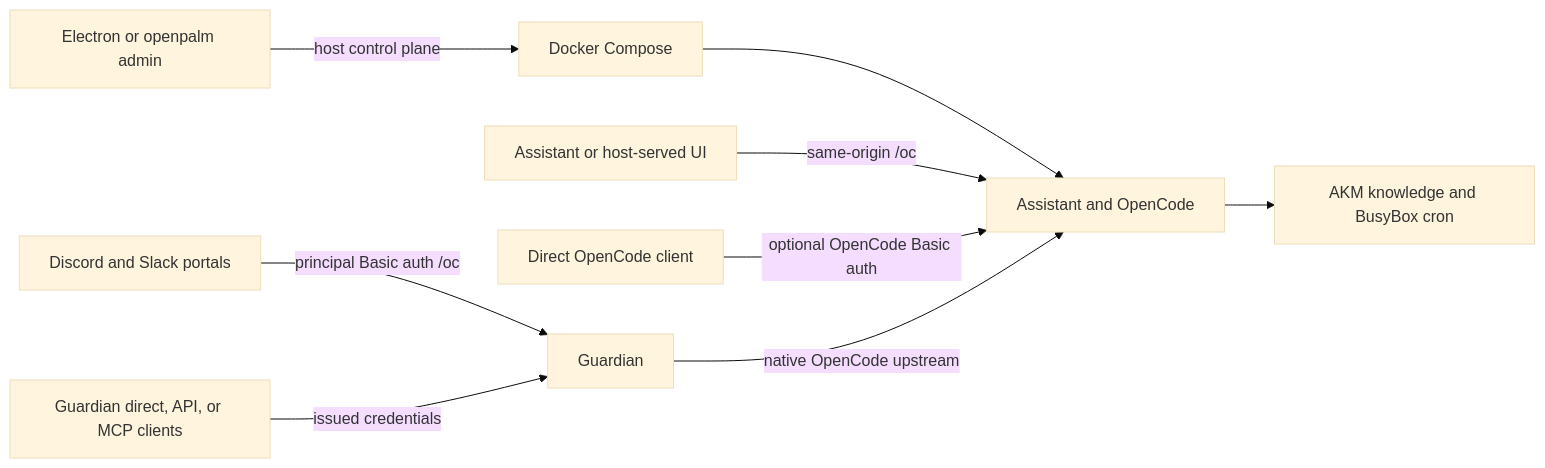
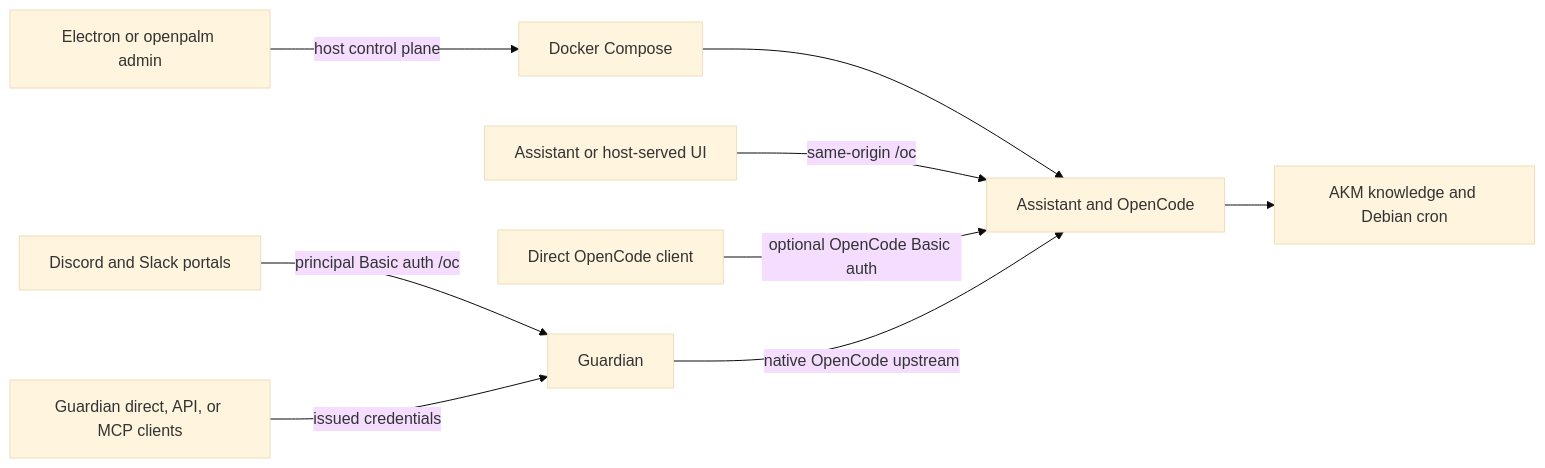
The diagram in README.md (itlackey/openpalm), drawn with Mermaid (base theme) before and after one commit. The commit also changed 53 other files, not shown here.

Commit message:
fix: replace BusyBox scheduler with Debian cron

````diff
--- a/README.md
+++ b/README.md
@@ -158,11 +158,11 @@
 ```mermaid
 flowchart LR
   Admin[Electron or openpalm admin] -->|host control plane| Compose[Docker Compose]
   Compose --> Assistant[Assistant and OpenCode]
   UI[Assistant or host-served UI] -->|same-origin /oc| Assistant
   Direct[Direct OpenCode client] -->|optional OpenCode Basic auth| Assistant
   Portals[Discord and Slack portals] -->|principal Basic auth /oc| Guardian
   Clients[Guardian direct, API, or MCP clients] -->|issued credentials| Guardian
   Guardian -->|native OpenCode upstream| Assistant
-  Assistant --> AKM[AKM knowledge and BusyBox cron]
+  Assistant --> AKM[AKM knowledge and Debian cron]
 ```
````
